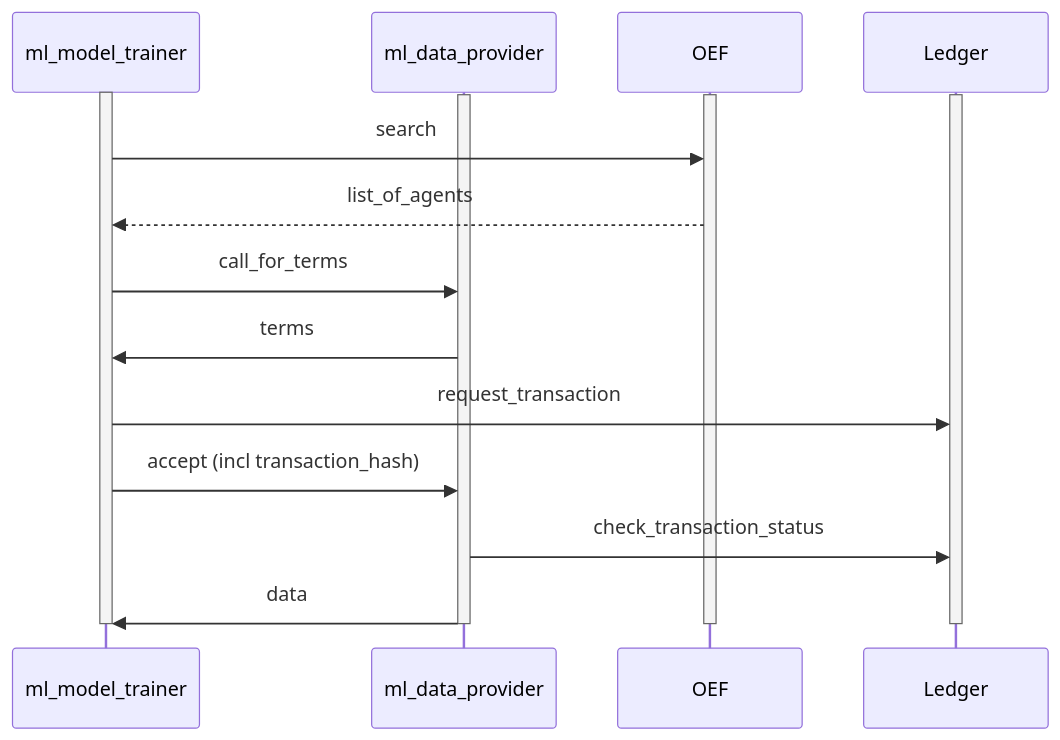
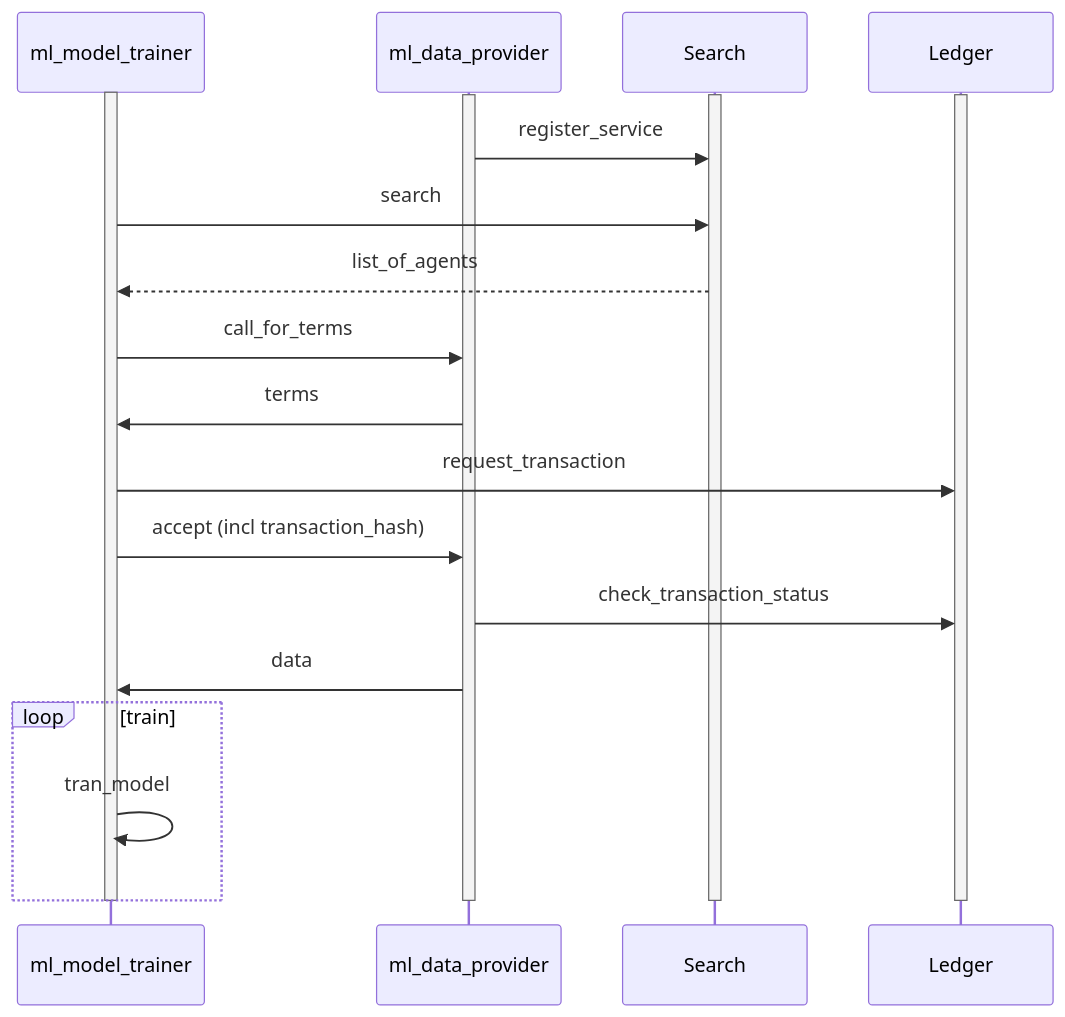
One commit to legendarydeveloper919/agents-aea changed the diagram in docs/ml-skills.md. Above: the diagram before and after it, drawn with Mermaid. The commit also changed other lines of this file and 3 other files, not shown here.

```diff
--- a/docs/ml-skills.md
+++ b/docs/ml-skills.md
@@ -74,27 +81,31 @@
 <div class="mermaid">
     sequenceDiagram
         participant ml_model_trainer
         participant ml_data_provider
-        participant OEF
+        participant Search
         participant Ledger
     
         activate ml_model_trainer
         activate ml_data_provider
-        activate OEF
+        activate Search
         activate Ledger
         
-        ml_model_trainer->>OEF: search
-        OEF-->>ml_model_trainer: list_of_agents
+        ml_data_provider->>Search: register_service
+        ml_model_trainer->>Search: search
+        Search-->>ml_model_trainer: list_of_agents
         ml_model_trainer->>ml_data_provider: call_for_terms
         ml_data_provider->>ml_model_trainer: terms
         ml_model_trainer->>Ledger: request_transaction
         ml_model_trainer->>ml_data_provider: accept (incl transaction_hash)
         ml_data_provider->>Ledger: check_transaction_status
         ml_data_provider->>ml_model_trainer: data
+        loop train
+            ml_model_trainer->>ml_model_trainer: tran_model
+        end
         
         deactivate ml_model_trainer
         deactivate ml_data_provider
-        deactivate OEF
+        deactivate Search
         deactivate Ledger
 
 </div>  
```
